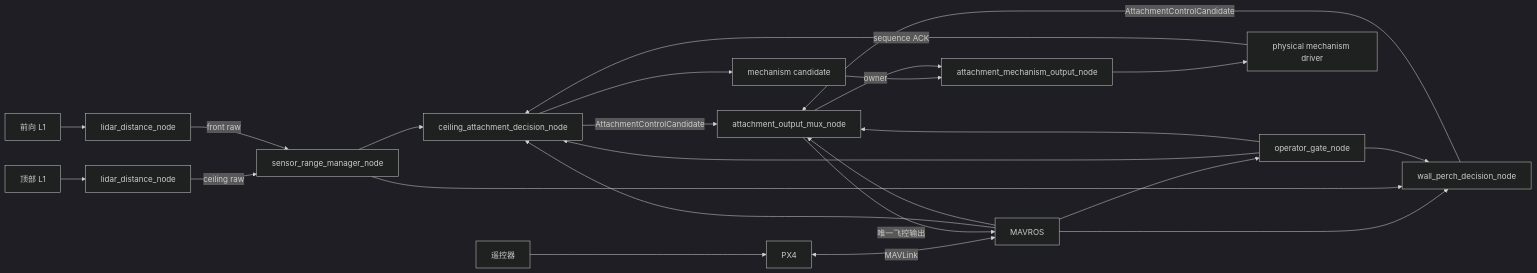
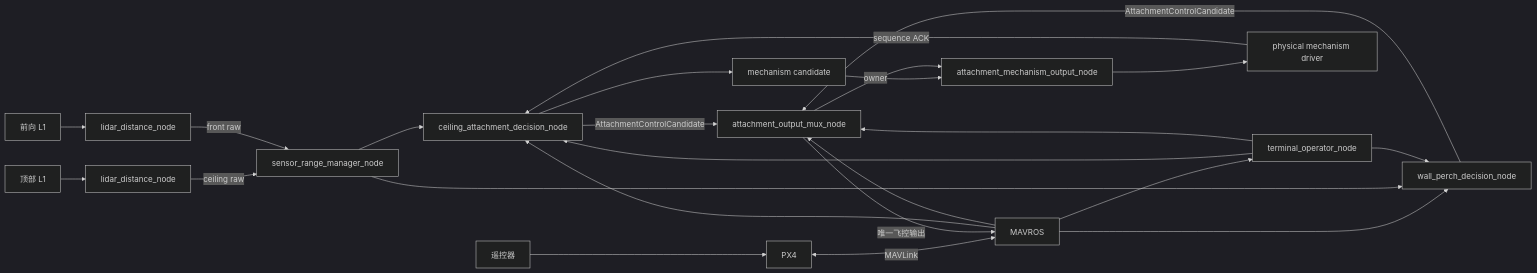
Before and after one commit to nn0527/PX4-FEIPA: the diagram in src/px4_wall_ceiling_control/docs/architecture.md, drawn with Mermaid (dark theme). The commit also changed other lines of this file and 20 other files, not shown here.

````diff
--- a/src/px4_wall_ceiling_control/docs/architecture.md
+++ b/src/px4_wall_ceiling_control/docs/architecture.md
@@ -5,29 +5,29 @@
 ```mermaid
 flowchart LR
     TOP[顶部 L1] --> TD[lidar_distance_node]
     FRONT[前向 L1] --> FD[lidar_distance_node]
     TD -->|ceiling raw| MANAGER[sensor_range_manager_node]
     FD -->|front raw| MANAGER
 
     RC[遥控器] --> PX4[PX4]
     PX4 <-->|MAVLink| MAVROS[MAVROS]
-    MAVROS --> GATE[operator_gate_node]
+    MAVROS --> GATE[terminal_operator_node]
     MAVROS --> CD[ceiling_attachment_decision_node]
     MAVROS --> WD[wall_perch_decision_node]
     MANAGER --> CD
     MANAGER --> WD
     GATE --> CD
     GATE --> WD
 
     CD -->|AttachmentControlCandidate| MUX[attachment_output_mux_node]
     WD -->|AttachmentControlCandidate| MUX
     GATE --> MUX
     MAVROS --> MUX
     MUX -->|唯一飞控输出| MAVROS
 
     CD --> MC[mechanism candidate]
     MC --> MG[attachment_mechanism_output_node]
     MUX -->|owner| MG
     MG --> MD[physical mechanism driver]
     MD -->|sequence ACK| CD
 ```
````
